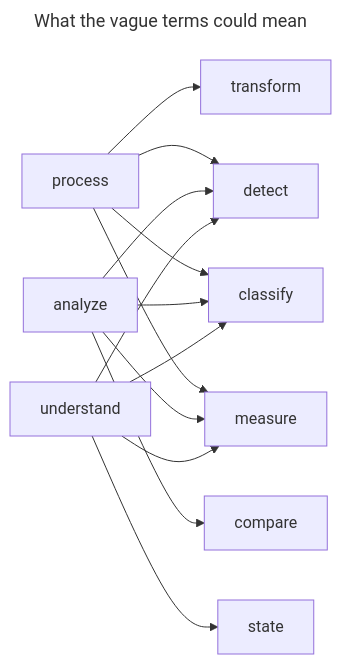
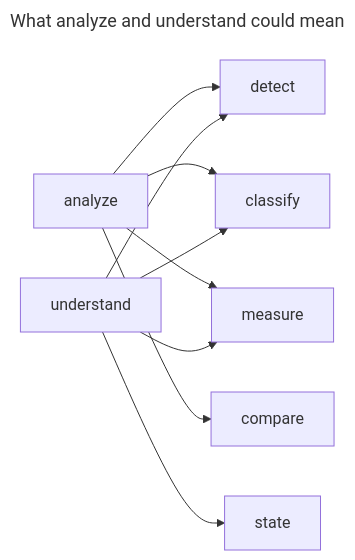
One commit to synaptiai/agent-capability-standard changed diagram 11 of 12 in docs/methodology/REJECTED_CANDIDATES.md. Above: the diagram before and after it, drawn with Mermaid. The commit also changed other lines of this file, not shown here.

First line of the commit message:
docs: place the rejected compositions beside their decompositions, and split two diagrams

````diff
--- a/docs/methodology/REJECTED_CANDIDATES.md
+++ b/docs/methodology/REJECTED_CANDIDATES.md
@@ -500,19 +535,15 @@
 ```mermaid
 ---
-title: What the vague terms could mean
+title: What analyze and understand could mean
 ---
 flowchart LR
-  accDescr: process could mean transform, or detect, classify and measure for analysis; analyze could mean detect, classify, measure or compare; understand is an outcome of detect, classify, measure and state.
-  proc[process] --> transform
-  proc --> detect
-  proc --> classify
-  proc --> measure
+  accDescr: analyze could mean detect, classify, measure or compare, and understand is an outcome of detect, classify, measure and state.
   an[analyze] --> detect
   an --> classify
   an --> measure
   an --> compare
   un[understand] --> detect
   un --> classify
   un --> measure
   un --> state
 ```
````
